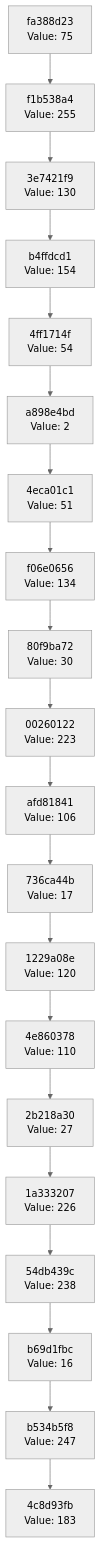
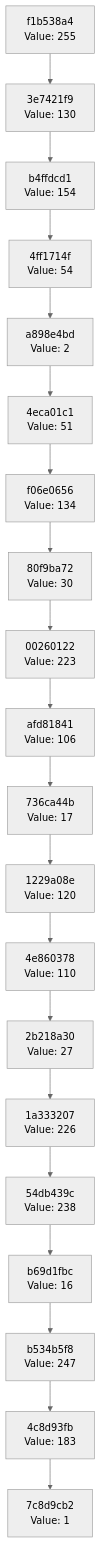
Before and after one commit to Abhisheksinha1506/hash-chain-evolver: the diagram in docs/CHAIN_VISUALIZATION.md, drawn with Mermaid (neutral theme). The commit also changed 1 other file, not shown here.

Commit message:
Evolution Step

````diff
--- a/docs/CHAIN_VISUALIZATION.md
+++ b/docs/CHAIN_VISUALIZATION.md
@@ -3,42 +3,42 @@
 ```mermaid
 graph TD
-    C0["4c8d93fb<br/>Value: 183"]
-    C1["b534b5f8<br/>Value: 247"]
+    C0["7c8d9cb2<br/>Value: 1"]
+    C1["4c8d93fb<br/>Value: 183"]
     C1 --> C0
-    C2["b69d1fbc<br/>Value: 16"]
+    C2["b534b5f8<br/>Value: 247"]
     C2 --> C1
-    C3["54db439c<br/>Value: 238"]
+    C3["b69d1fbc<br/>Value: 16"]
     C3 --> C2
-    C4["1a333207<br/>Value: 226"]
+    C4["54db439c<br/>Value: 238"]
     C4 --> C3
-    C5["2b218a30<br/>Value: 27"]
+    C5["1a333207<br/>Value: 226"]
     C5 --> C4
-    C6["4e860378<br/>Value: 110"]
+    C6["2b218a30<br/>Value: 27"]
     C6 --> C5
-    C7["1229a08e<br/>Value: 120"]
+    C7["4e860378<br/>Value: 110"]
     C7 --> C6
-    C8["736ca44b<br/>Value: 17"]
+    C8["1229a08e<br/>Value: 120"]
     C8 --> C7
-    C9["afd81841<br/>Value: 106"]
+    C9["736ca44b<br/>Value: 17"]
     C9 --> C8
-    C10["00260122<br/>Value: 223"]
+    C10["afd81841<br/>Value: 106"]
     C10 --> C9
-    C11["80f9ba72<br/>Value: 30"]
+    C11["00260122<br/>Value: 223"]
     C11 --> C10
-    C12["f06e0656<br/>Value: 134"]
+    C12["80f9ba72<br/>Value: 30"]
     C12 --> C11
-    C13["4eca01c1<br/>Value: 51"]
+    C13["f06e0656<br/>Value: 134"]
     C13 --> C12
-    C14["a898e4bd<br/>Value: 2"]
+    C14["4eca01c1<br/>Value: 51"]
     C14 --> C13
-    C15["4ff1714f<br/>Value: 54"]
+    C15["a898e4bd<br/>Value: 2"]
     C15 --> C14
-    C16["b4ffdcd1<br/>Value: 154"]
+    C16["4ff1714f<br/>Value: 54"]
     C16 --> C15
-    C17["3e7421f9<br/>Value: 130"]
+    C17["b4ffdcd1<br/>Value: 154"]
     C17 --> C16
-    C18["f1b538a4<br/>Value: 255"]
+    C18["3e7421f9<br/>Value: 130"]
     C18 --> C17
-    C19["fa388d23<br/>Value: 75"]
+    C19["f1b538a4<br/>Value: 255"]
     C19 --> C18
 ```
````
